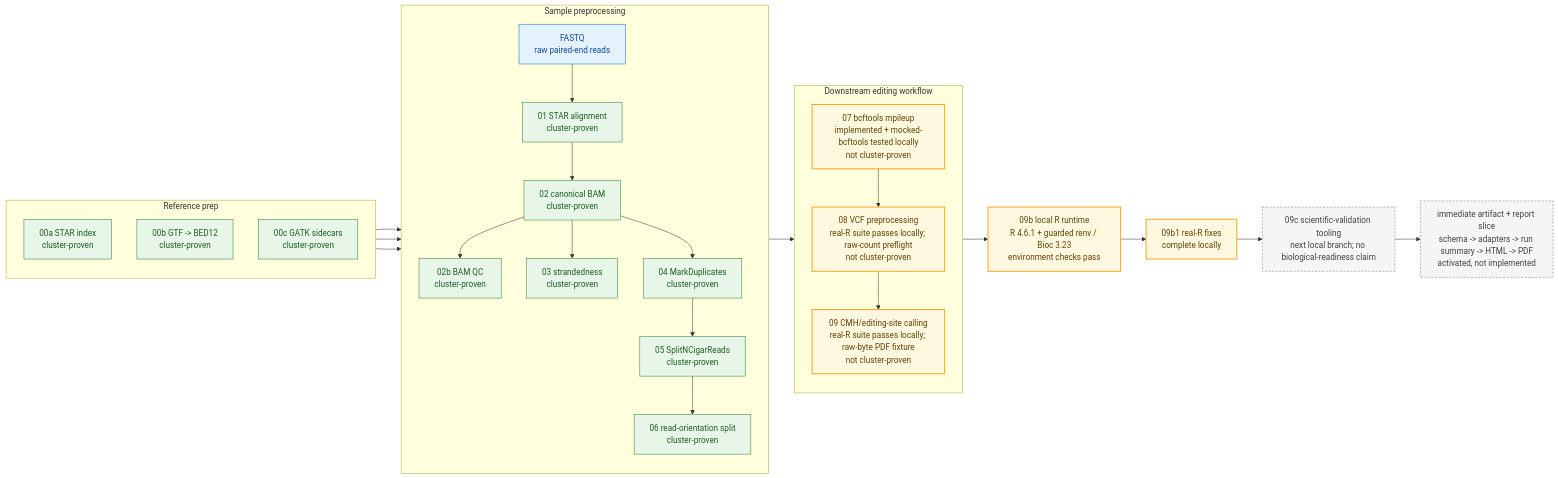
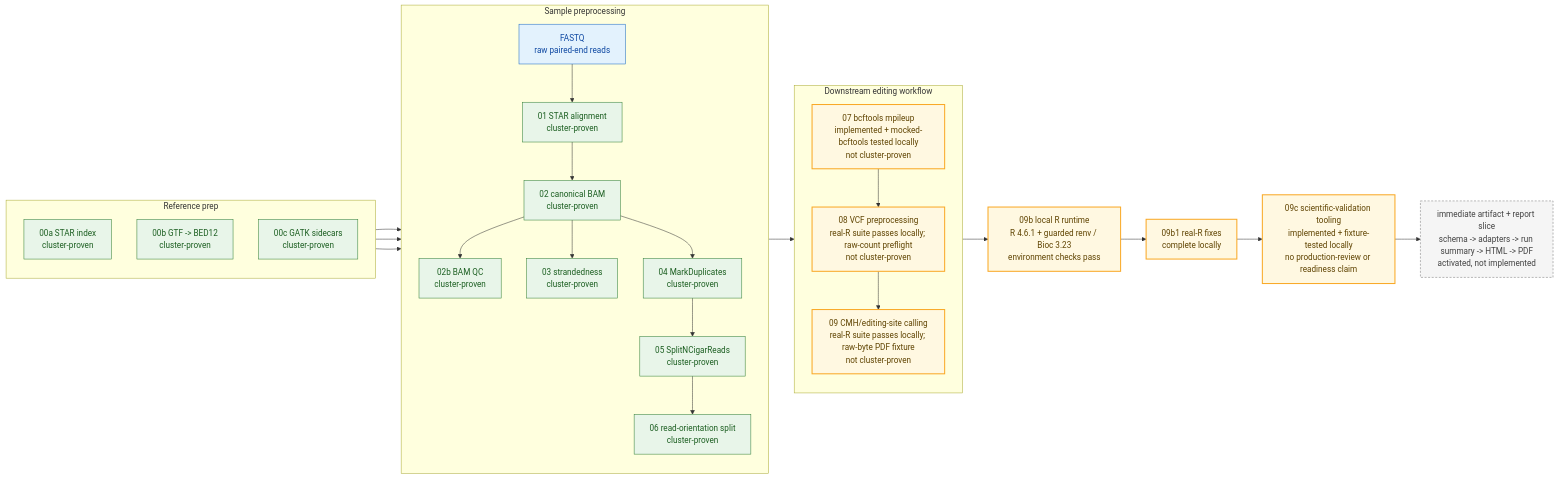
Before and after one commit to lab-cats/EMRYS: the first of 2 diagrams in docs/architecture/ARCHITECTURE.md, drawn with Mermaid. The commit also changed other lines of this file and 15 other files, not shown here.

````diff
--- a/docs/architecture/ARCHITECTURE.md
+++ b/docs/architecture/ARCHITECTURE.md
@@ -48,52 +50,52 @@
 ```mermaid
 flowchart LR
     classDef proven fill:#e8f5e9,stroke:#2e7d32,color:#1b5e20
     classDef boundary fill:#fff8e1,stroke:#f9a825,color:#5f4300,stroke-width:2px
     classDef pending fill:#f5f5f5,stroke:#757575,color:#424242,stroke-dasharray:4 3
     classDef input fill:#e3f2fd,stroke:#1565c0,color:#0d47a1
 
     subgraph ref["Reference prep"]
         direction TB
         s00a["00a STAR index<br/>cluster-proven"]
         s00b["00b GTF -> BED12<br/>cluster-proven"]
         s00c["00c GATK sidecars<br/>cluster-proven"]
     end
 
     subgraph sample["Sample preprocessing"]
         direction TB
         fastq["FASTQ<br/>raw paired-end reads"]
         s01["01 STAR alignment<br/>cluster-proven"]
         s02["02 canonical BAM<br/>cluster-proven"]
         s02b["02b BAM QC<br/>cluster-proven"]
         s03["03 strandedness<br/>cluster-proven"]
         s04["04 MarkDuplicates<br/>cluster-proven"]
         s05["05 SplitNCigarReads<br/>cluster-proven"]
         s06["06 read-orientation split<br/>cluster-proven"]
     end
 
     subgraph downstream["Downstream editing workflow"]
         direction TB
         s07["07 bcftools mpileup<br/>implemented + mocked-bcftools tested locally<br/>not cluster-proven"]
         s08["08 VCF preprocessing<br/>real-R suite passes locally; raw-count preflight<br/>not cluster-proven"]
         s09["09 CMH/editing-site calling<br/>real-R suite passes locally; raw-byte PDF fixture<br/>not cluster-proven"]
     end
 
     localr["09b local R runtime<br/>R 4.6.1 + guarded renv / Bioc 3.23<br/>environment checks pass"]
     fixes["09b1 real-R fixes<br/>complete locally"]
-    science["09c scientific-validation tooling<br/>next local branch; no biological-readiness claim"]
+    science["09c scientific-validation tooling<br/>implemented + fixture-tested locally<br/>no production-review or readiness claim"]
     reports["immediate artifact + report slice<br/>schema -> adapters -> run summary -> HTML -> PDF<br/>activated, not implemented"]
 
     fastq --> s01 --> s02
     s00a --> s01
     s00b --> s03
     s00c --> s05
     s02 --> s02b
     s02 --> s03
     s02 --> s04 --> s05 --> s06 --> s07 --> s08 --> s09
     s09 --> localr --> fixes --> science --> reports
 
     class fastq input
     class s00a,s00b,s00c,s01,s02,s02b,s03,s04,s05,s06 proven
-    class s07,s08,s09,localr,fixes boundary
-    class science,reports pending
+    class s07,s08,s09,localr,fixes,science boundary
+    class reports pending
 ```
````
